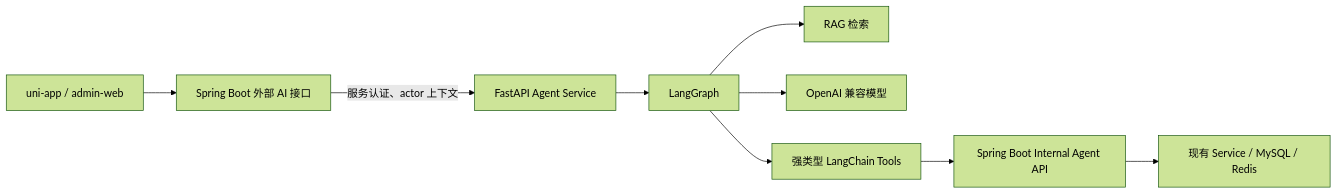
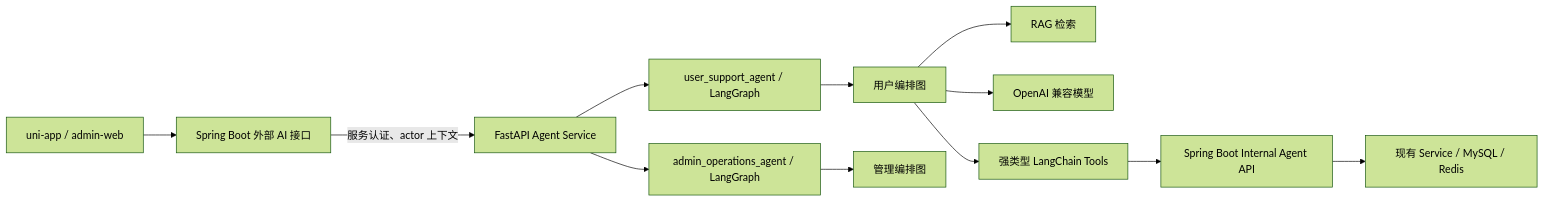
One commit to Kstechero/take-out-guys changed the diagram in docs/agent-service/01-architecture.md. Above: the diagram before and after it, drawn with Mermaid (forest theme). The commit also changed other lines of this file and 426 other files, not shown here.

````diff
--- a/docs/agent-service/01-architecture.md
+++ b/docs/agent-service/01-architecture.md
@@ -7,11 +7,14 @@
 ```mermaid
 flowchart LR
   FE["uni-app / admin-web"] --> J["Spring Boot 外部 AI 接口"]
   J -->|"服务认证、actor 上下文"| P["FastAPI Agent Service"]
-  P --> G["LangGraph"]
+  P --> UG["user_support_agent / LangGraph"]
+  P --> AG["admin_operations_agent / LangGraph"]
+  UG --> G["用户编排图"]
+  AG --> G2["管理编排图"]
   G --> R["RAG 检索"]
   G --> M["OpenAI 兼容模型"]
   G --> T["强类型 LangChain Tools"]
   T --> I["Spring Boot Internal Agent API"]
   I --> B["现有 Service / MySQL / Redis"]
 ```
````
